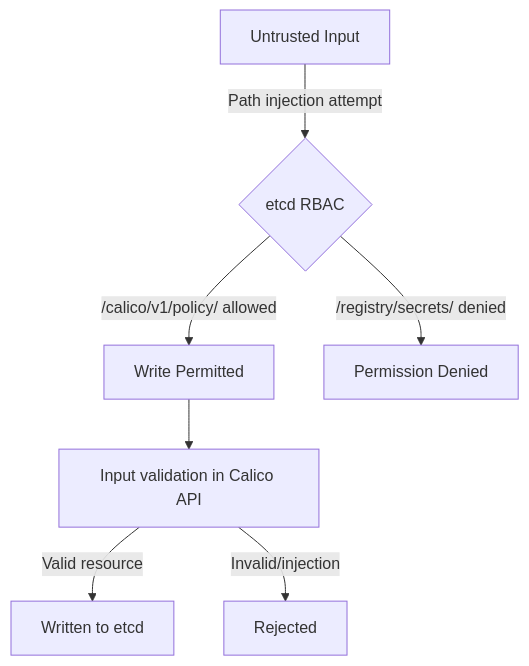
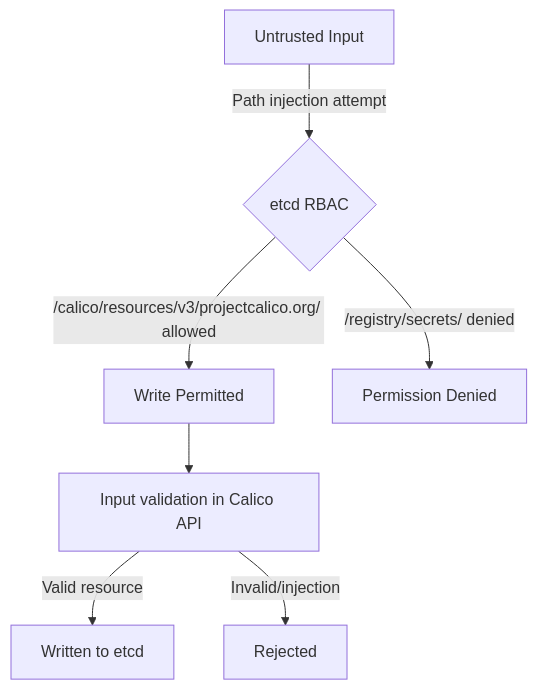
One commit to OneUptime/blog changed the diagram in posts/2026-03-13-secure-calico-etcdv3-paths/README.md. Above: the diagram before and after it, drawn with Mermaid. The commit also changed other lines of this file and 2 other files, not shown here.

Commit message:
validate: 2026-03-13-secure-calico-etcdv3-paths

````diff
--- a/posts/2026-03-13-secure-calico-etcdv3-paths/README.md
+++ b/posts/2026-03-13-secure-calico-etcdv3-paths/README.md
@@ -68,9 +68,9 @@
 ```mermaid
 graph TD
     A[Untrusted Input] -->|Path injection attempt| B{etcd RBAC}
-    B -->|/calico/v1/policy/ allowed| C[Write Permitted]
+    B -->|/calico/resources/v3/projectcalico.org/ allowed| C[Write Permitted]
     B -->|/registry/secrets/ denied| D[Permission Denied]
     C --> E[Input validation in Calico API]
     E -->|Valid resource| F[Written to etcd]
     E -->|Invalid/injection| G[Rejected]
 ```
````
